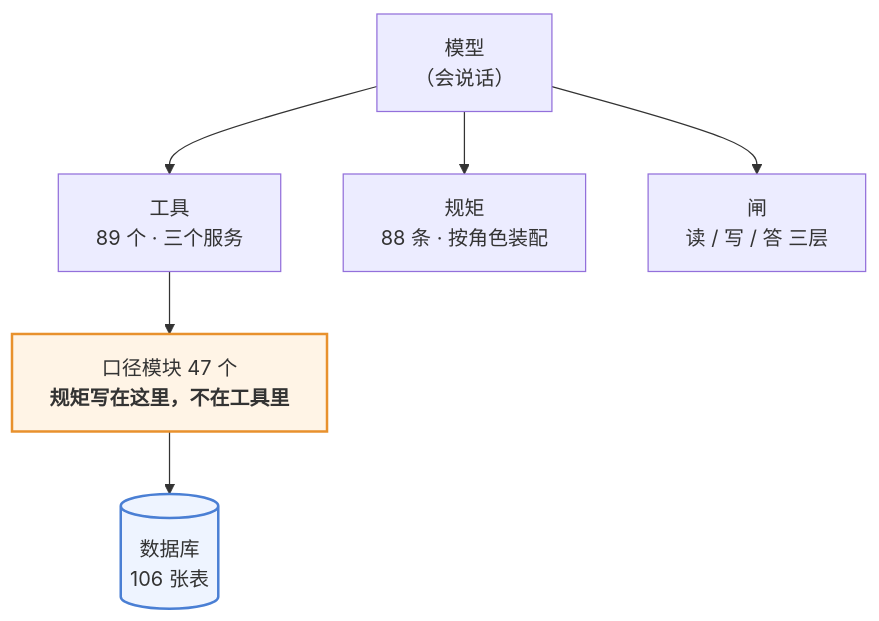
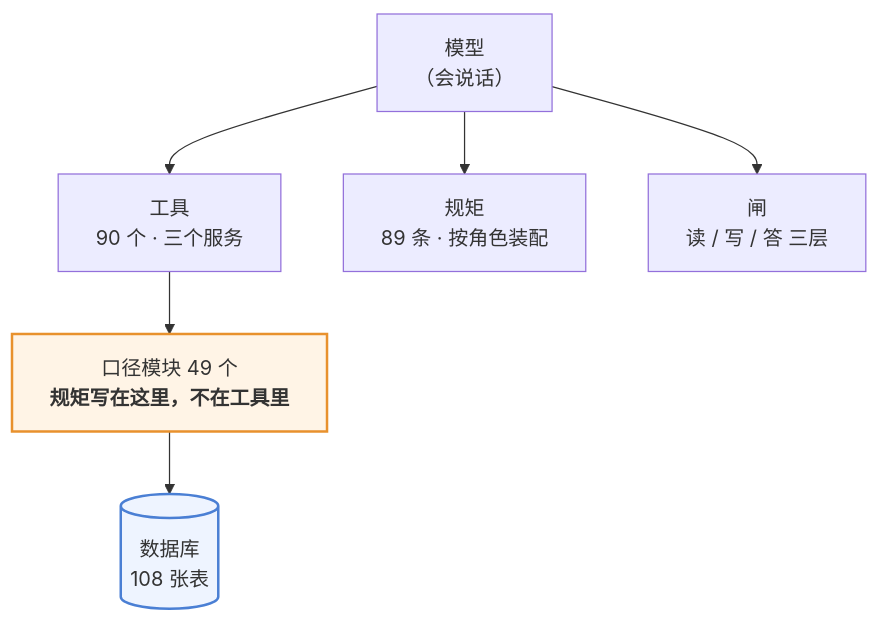
One commit to 843773296-rgb/lanxiu-yunshang-agent changed the first of 3 diagrams in 澜绣云裳agent-产品说明.md. Above: the diagram before and after it, drawn with Mermaid. The commit also changed other lines of this file and 52 other files, not shown here.

````diff
--- a/澜绣云裳agent-产品说明.md
+++ b/澜绣云裳agent-产品说明.md
@@ -62,12 +62,12 @@
 ```mermaid
 flowchart TD
     M["模型<br/>（会说话）"]
-    M --> T["工具<br/>89 个 · 三个服务"]
-    M --> R["规矩<br/>88 条 · 按角色装配"]
+    M --> T["工具<br/>90 个 · 三个服务"]
+    M --> R["规矩<br/>89 条 · 按角色装配"]
     M --> G["闸<br/>读 / 写 / 答 三层"]
-    T --> K["口径模块 47 个<br/><b>规矩写在这里，不在工具里</b>"]
-    K --> DB[("数据库<br/>106 张表")]
+    T --> K["口径模块 49 个<br/><b>规矩写在这里，不在工具里</b>"]
+    K --> DB[("数据库<br/>108 张表")]
 
     style K fill:#fff4e6,stroke:#e8912d,stroke-width:2px
     style DB fill:#eef4ff,stroke:#4a7fd4,stroke-width:2px
 ```
````
